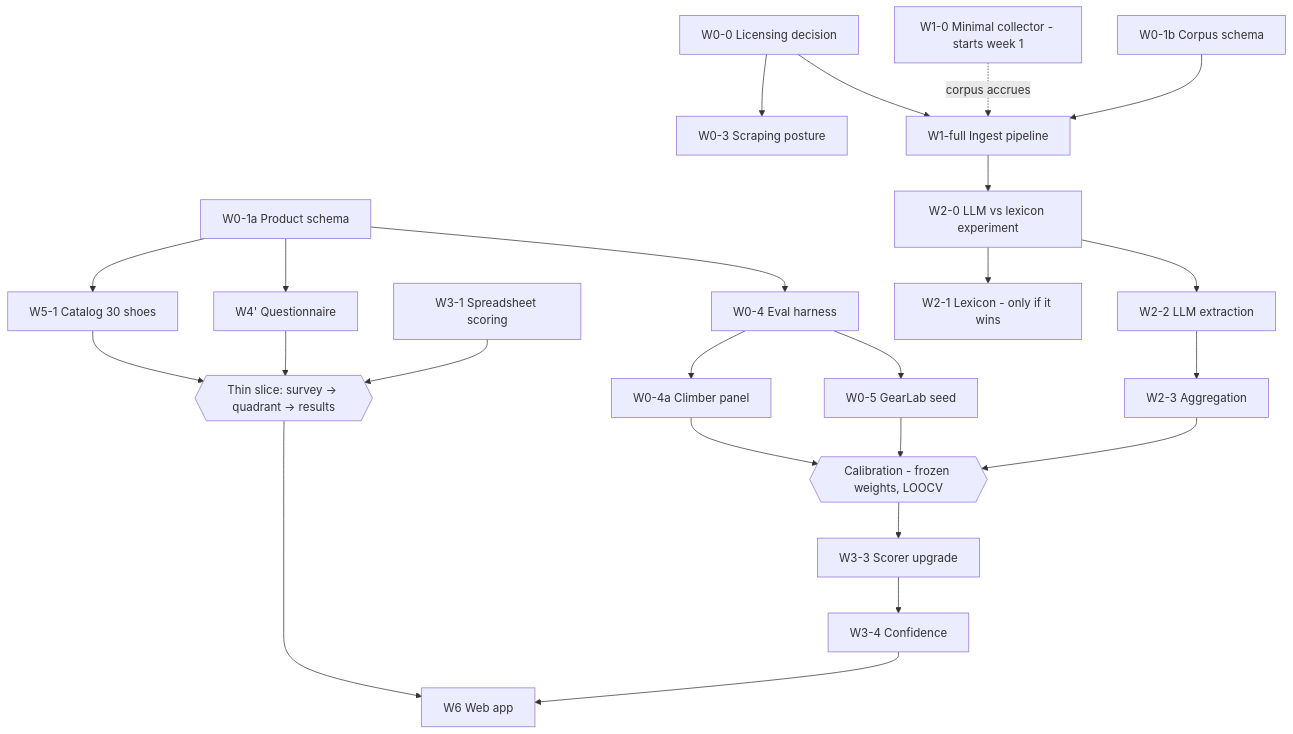
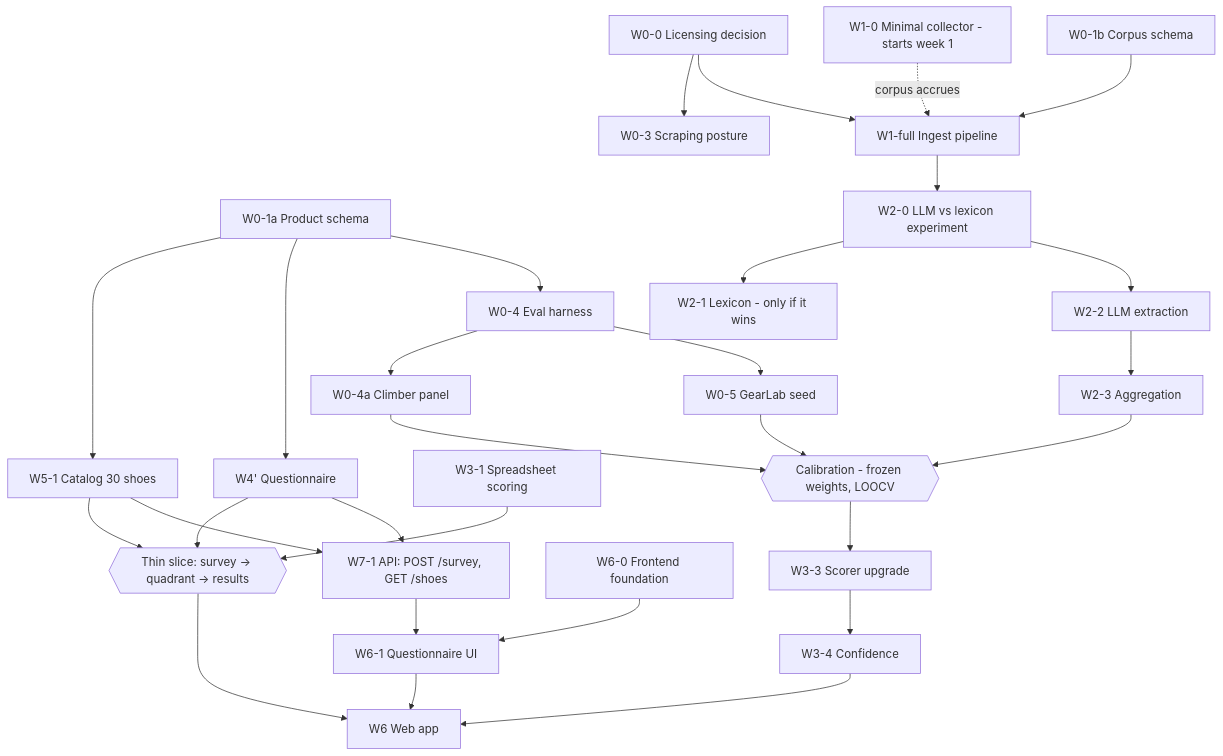
One commit to barlu3/CruxUp changed the first of 2 diagrams in timeline.md. Above: the diagram before and after it, drawn with Mermaid. The commit also changed other lines of this file, not shown here.

Commit message:
updated timeline.md; W4-1 accomplished and W6-1 unblocking steps added

````diff
--- a/timeline.md
+++ b/timeline.md
@@ -163,29 +165,34 @@
 ```mermaid
 flowchart TD
   W0_0[W0-0 Licensing decision] --> W0_3[W0-3 Scraping posture]
   W0_0 --> W1F[W1-full Ingest pipeline]
   W1_0[W1-0 Minimal collector - starts week 1] -.corpus accrues.-> W1F
 
   W0_1a[W0-1a Product schema] --> W5_1[W5-1 Catalog 30 shoes]
   W0_1a --> W4P[W4' Questionnaire]
   W5_1 --> SLICE{{Thin slice: survey -> quadrant -> results}}
   W4P --> SLICE
   W3_1[W3-1 Spreadsheet scoring] --> SLICE
+  W4P --> W7_1[W7-1 API: POST /survey, GET /shoes]
+  W5_1 --> W7_1
+  W6_0[W6-0 Frontend foundation] --> W6_1[W6-1 Questionnaire UI]
+  W7_1 --> W6_1
   SLICE --> W6[W6 Web app]
+  W6_1 --> W6
 
   W0_1a --> W0_4[W0-4 Eval harness]
   W0_4 --> W0_4a[W0-4a Climber panel]
   W0_4 --> W0_5[W0-5 GearLab seed]
   W0_4a --> CAL
   W0_5 --> CAL{{Calibration - frozen weights, LOOCV}}
 
   W0_1b[W0-1b Corpus schema] --> W1F
   W1F --> W2_0[W2-0 LLM vs lexicon experiment]
   W2_0 --> W2_1[W2-1 Lexicon - only if it wins]
   W2_0 --> W2_2[W2-2 LLM extraction]
   W2_2 --> W2_3[W2-3 Aggregation]
   W2_3 --> CAL
   CAL --> W3_3[W3-3 Scorer upgrade]
   W3_3 --> W3_4[W3-4 Confidence]
   W3_4 --> W6
 ```
````
